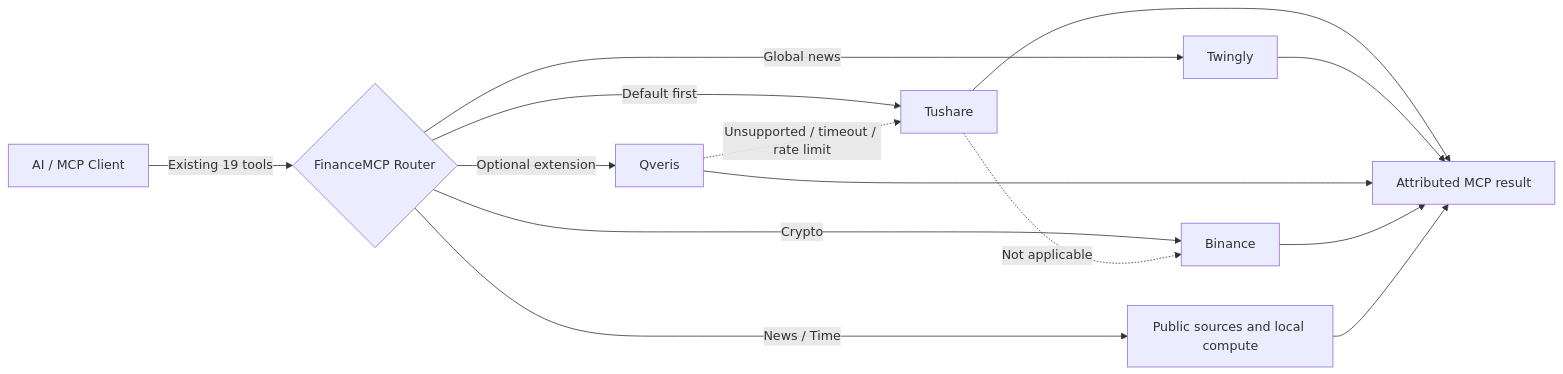
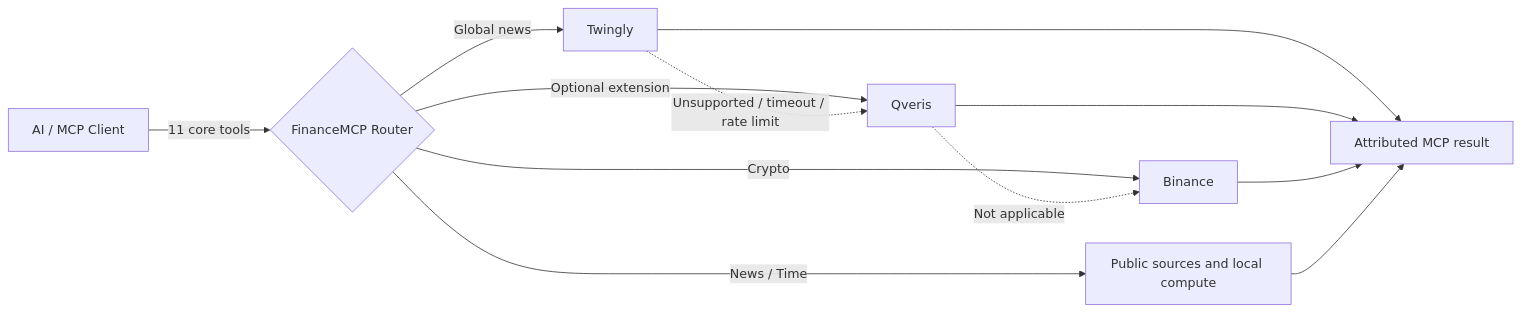
Before and after one commit to jingchangshi/FinanceMCP: the diagram in README_EN.md, drawn with Mermaid. The commit also changed other lines of this file and 15 other files, not shown here.

Commit message:
docs(mcp): remove Tushare references and align docs with free sources

````diff
--- a/README_EN.md
+++ b/README_EN.md
@@ -79,12 +79,11 @@
 ```mermaid
 flowchart LR
-    C[AI / MCP Client] -->|Existing 19 tools| R{FinanceMCP Router}
-    R -->|Default first| T[Tushare]
+    C[AI / MCP Client] -->|11 core tools| R{FinanceMCP Router}
     R -->|Global news| G[Twingly]
     R -->|Optional extension| Q[Qveris]
     R -->|Crypto| B[Binance]
     R -->|News / Time| L[Public sources and local compute]
-    Q -. Unsupported / timeout / rate limit .-> T
-    T -. Not applicable .-> B
-    T & G & Q & B & L --> O[Attributed MCP result]
+    G -. Unsupported / timeout / rate limit .-> Q
+    Q -. Not applicable .-> B
+    G & Q & B & L --> O[Attributed MCP result]
 ```
````
